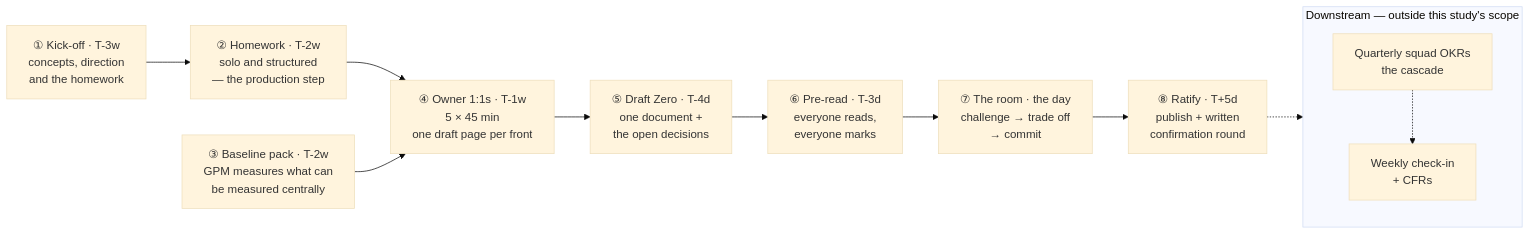
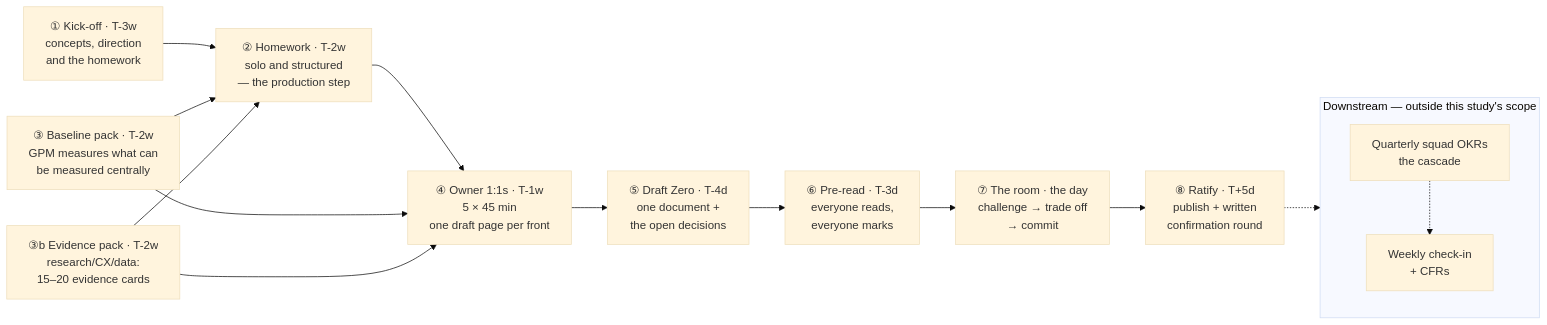
The diagram in studies/product-management/annual-okrs-from-the-long-term-vision.md (GustavoBertaco/daily-digest), drawn with Mermaid (base theme) before and after one commit. The commit also changed other lines of this file, not shown here.

````diff
--- a/studies/product-management/annual-okrs-from-the-long-term-vision.md
+++ b/studies/product-management/annual-okrs-from-the-long-term-vision.md
@@ -378,22 +517,26 @@
 ```mermaid
 flowchart LR
     K["① Kick-off · T-3w<br/>concepts, direction<br/>and the homework"]
     H["② Homework · T-2w<br/>solo and structured<br/>— the production step"]
     B["③ Baseline pack · T-2w<br/>GPM measures what can<br/>be measured centrally"]
+    E["③b Evidence pack · T-2w<br/>research/CX/data:<br/>15–20 evidence cards"]
     O["④ Owner 1:1s · T-1w<br/>5 × 45 min<br/>one draft page per front"]
     D["⑤ Draft Zero · T-4d<br/>one document +<br/>the open decisions"]
     P["⑥ Pre-read · T-3d<br/>everyone reads,<br/>everyone marks"]
     R["⑦ The room · the day<br/>challenge → trade off<br/>→ commit"]
     T["⑧ Ratify · T+5d<br/>publish + written<br/>confirmation round"]
 
     K --> H --> O --> D --> P --> R --> T
+    B --> H
+    E --> H
     B --> O
+    E --> O
     T -.-> DS
 
     subgraph DS["Downstream — outside this study's scope"]
         direction TB
         Q["Quarterly squad OKRs<br/>the cascade"]
         W["Weekly check-in<br/>+ CFRs"]
         Q -.-> W
     end
 ```
````
